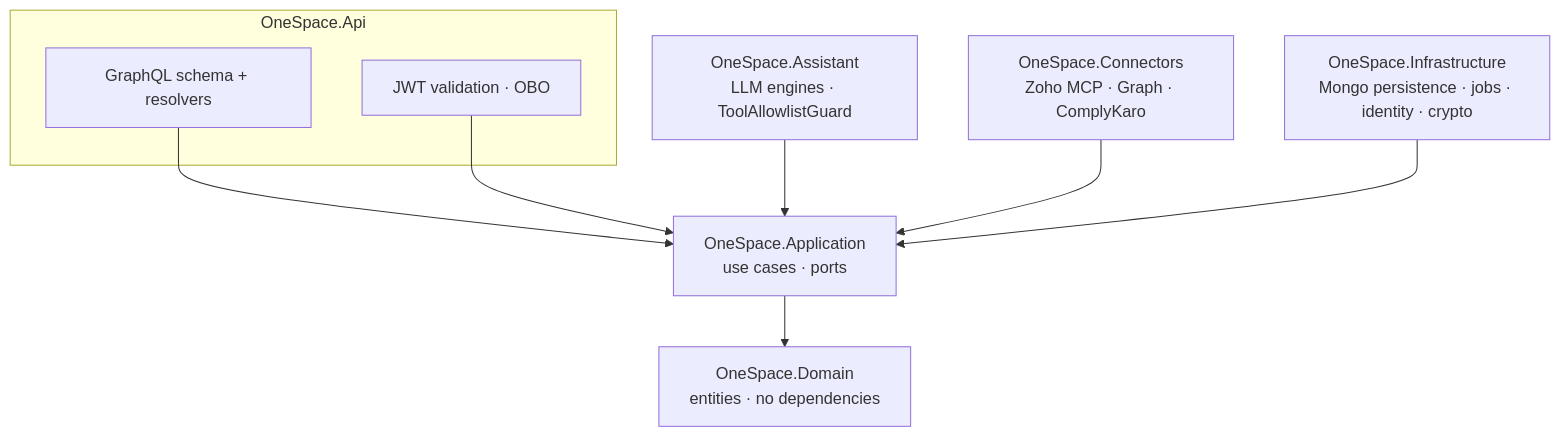
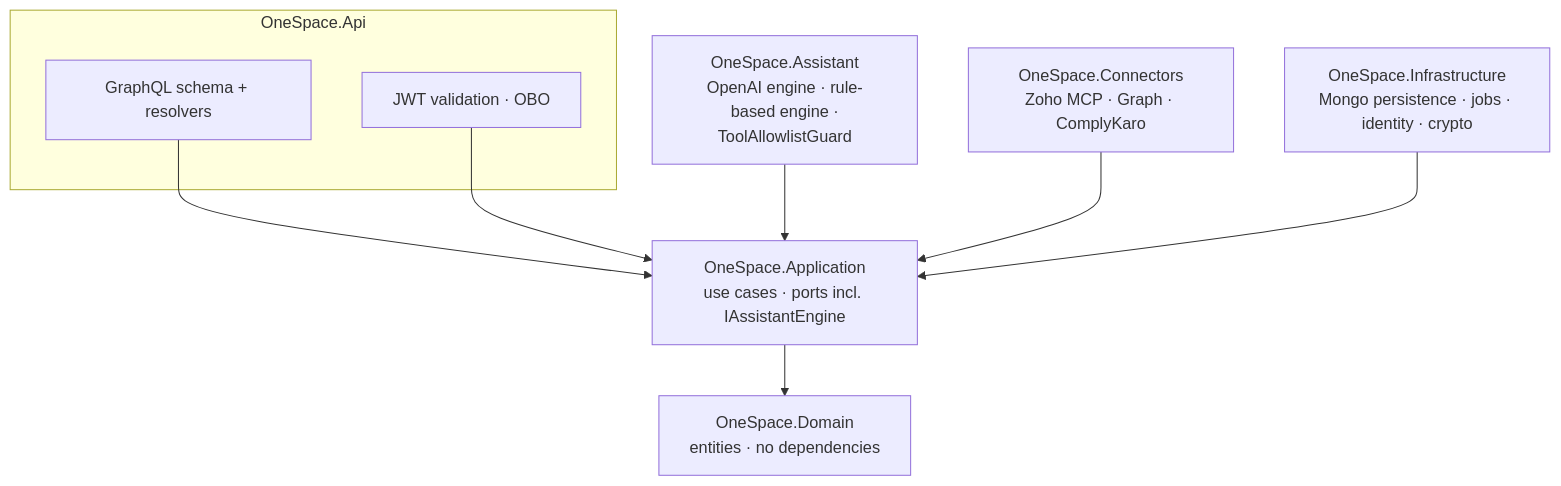
The third of 7 diagrams in docs/architecture/OneSpace_Enterprise_Architecture.md (sumanpulavarthy/OneSpace), drawn with Mermaid before and after one commit. The commit also changed other lines of this file and 5 other files, not shown here.

First line of the commit message:
Architecture v0.2: apply Rahul's review comments

````diff
--- a/docs/architecture/OneSpace_Enterprise_Architecture.md
+++ b/docs/architecture/OneSpace_Enterprise_Architecture.md
@@ -118,19 +137,19 @@
 ```mermaid
 flowchart TB
     subgraph Host[OneSpace.Api]
         gql[GraphQL schema + resolvers]
         auth[JWT validation · OBO]
     end
-    app[OneSpace.Application<br/>use cases · ports]
+    app[OneSpace.Application<br/>use cases · ports incl. IAssistantEngine]
     dom[OneSpace.Domain<br/>entities · no dependencies]
-    asst[OneSpace.Assistant<br/>LLM engines · ToolAllowlistGuard]
+    asst[OneSpace.Assistant<br/>OpenAI engine · rule-based engine ·<br/>ToolAllowlistGuard]
     conn[OneSpace.Connectors<br/>Zoho MCP · Graph · ComplyKaro]
     infra[OneSpace.Infrastructure<br/>Mongo persistence · jobs · identity · crypto]
 
     gql --> app
     auth --> app
     app --> dom
     asst --> app
     conn --> app
     infra --> app
 ```
````
